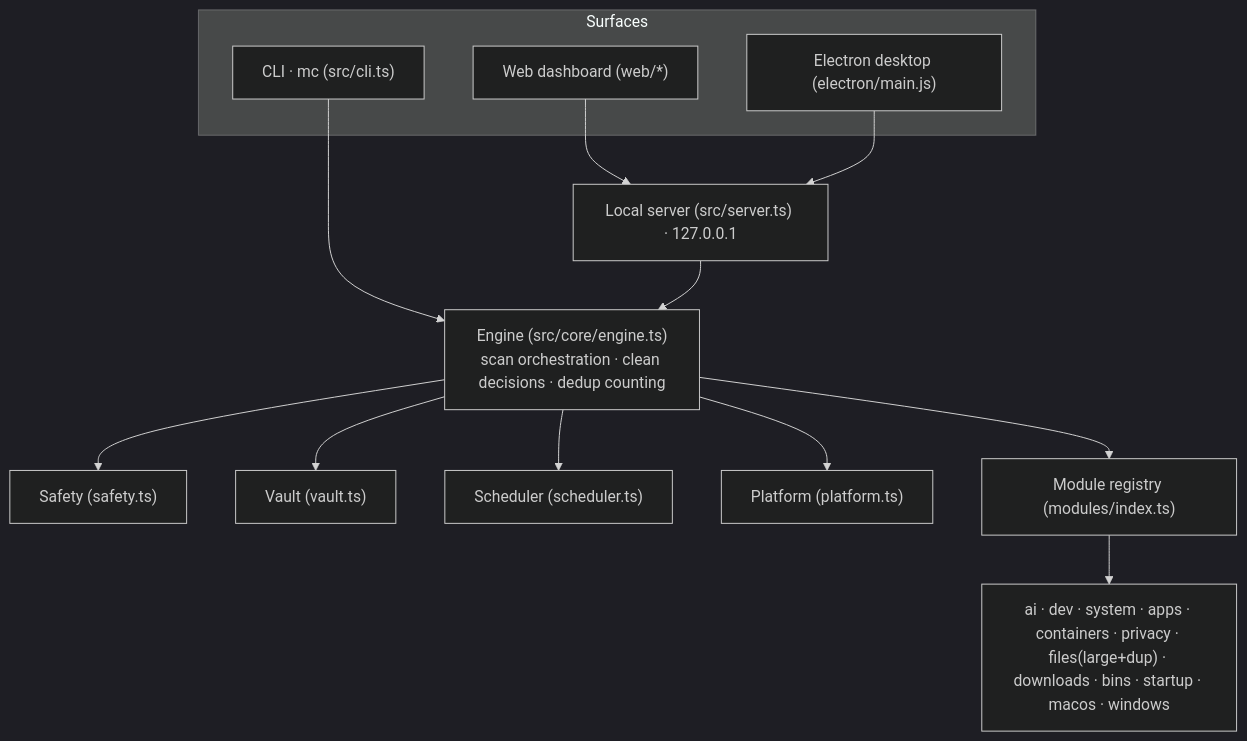
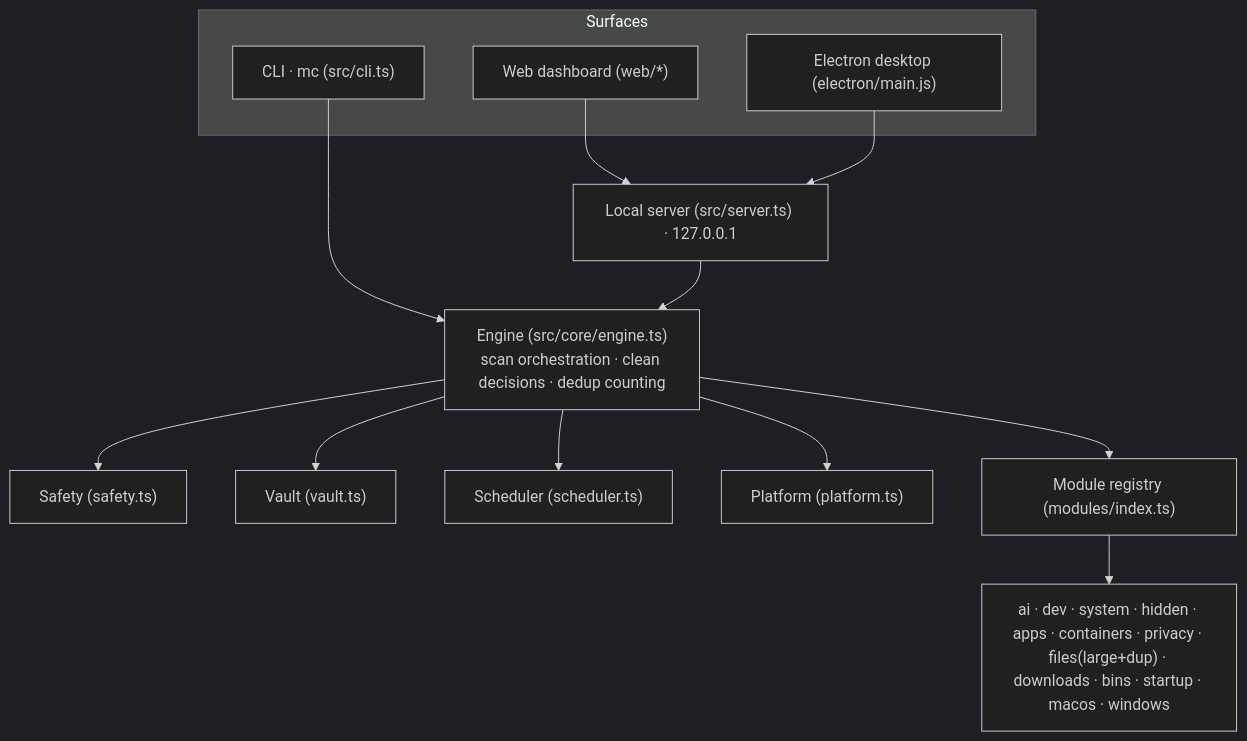
The diagram in docs/architecture.md (siliang42/master-cleaner), drawn with Mermaid (dark theme) before and after one commit. The commit also changed other lines of this file and 27 other files, not shown here.

````diff
--- a/docs/architecture.md
+++ b/docs/architecture.md
@@ -7,18 +7,18 @@
 ```mermaid
 flowchart TB
   subgraph Surfaces
     CLI["CLI · mc (src/cli.ts)"]
     Web["Web dashboard (web/*)"]
     Desktop["Electron desktop (electron/main.js)"]
   end
   CLI --> Engine
   Web --> Server["Local server (src/server.ts) · 127.0.0.1"]
   Desktop --> Server
   Server --> Engine
   Engine["Engine (src/core/engine.ts)\nscan orchestration · clean decisions · dedup counting"] --> Safety["Safety (safety.ts)"]
   Engine --> Vault["Vault (vault.ts)"]
   Engine --> Sched["Scheduler (scheduler.ts)"]
   Engine --> Platform["Platform (platform.ts)"]
   Engine --> Registry["Module registry (modules/index.ts)"]
-  Registry --> Mods["ai · dev · system · apps · containers · privacy · files(large+dup) · downloads · bins · startup · macos · windows"]
+  Registry --> Mods["ai · dev · system · hidden · apps · containers · privacy · files(large+dup) · downloads · bins · startup · macos · windows"]
 ```
````
